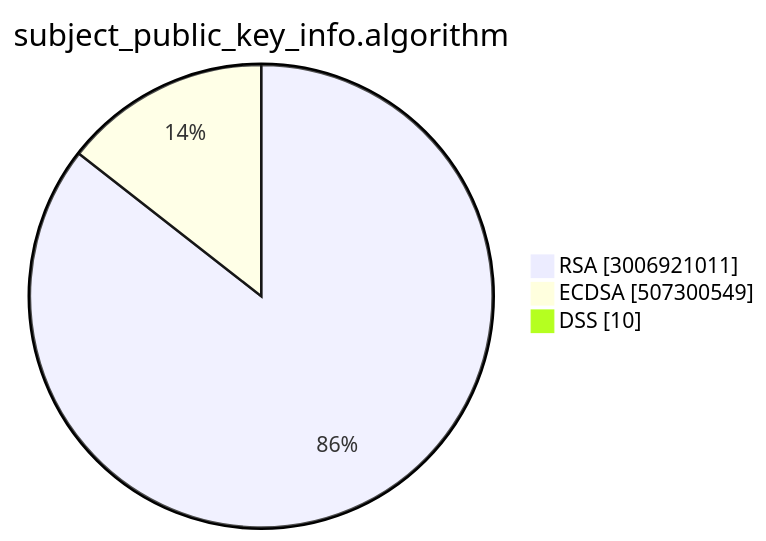
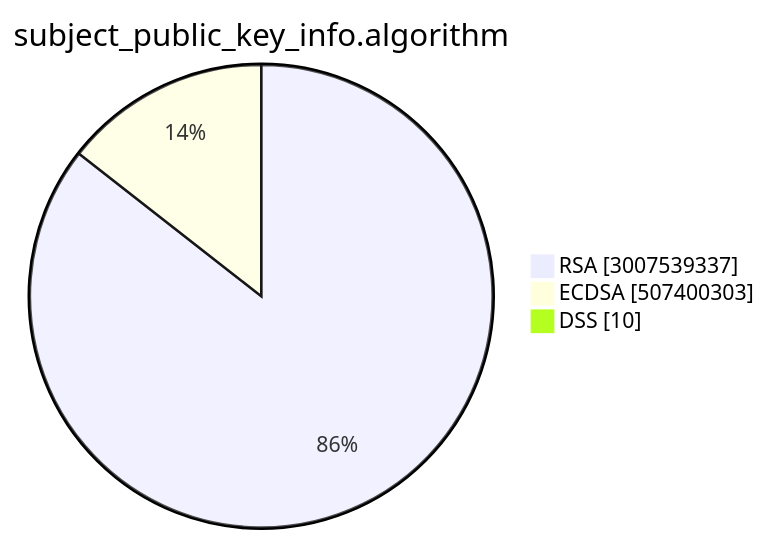
The second of 15 diagrams in TOTAL/README.md (christiankrug/ctmonitor_visualization), drawn with Mermaid before and after one commit. The commit also changed other lines of this file, not shown here.

````diff
--- a/TOTAL/README.md
+++ b/TOTAL/README.md
@@ -6,7 +6,7 @@
 ```mermaid
 pie showData
 title subject_public_key_info.algorithm
-"RSA" :3006921011
-"ECDSA" :507300549
+"RSA" :3007539337
+"ECDSA" :507400303
 "DSS" :10
 ```
````
